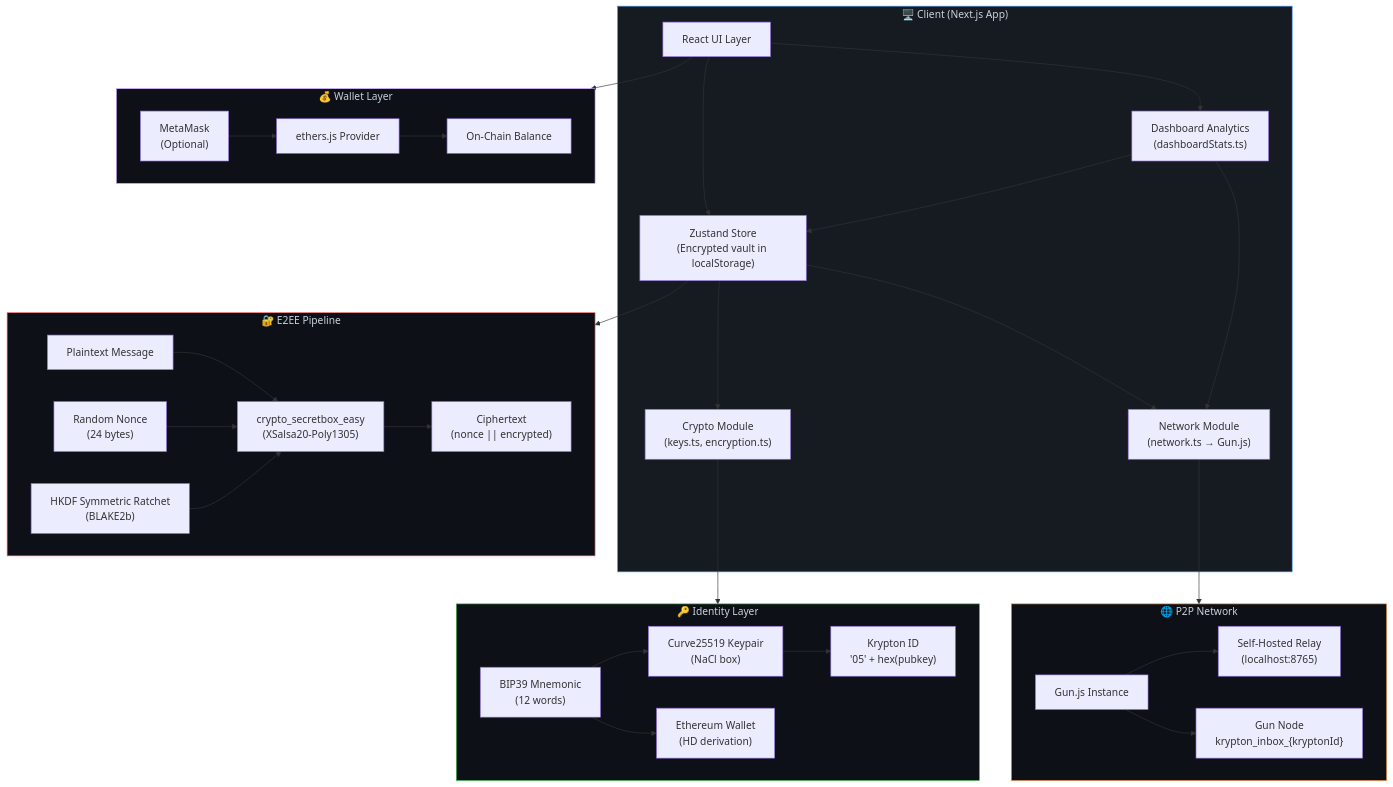
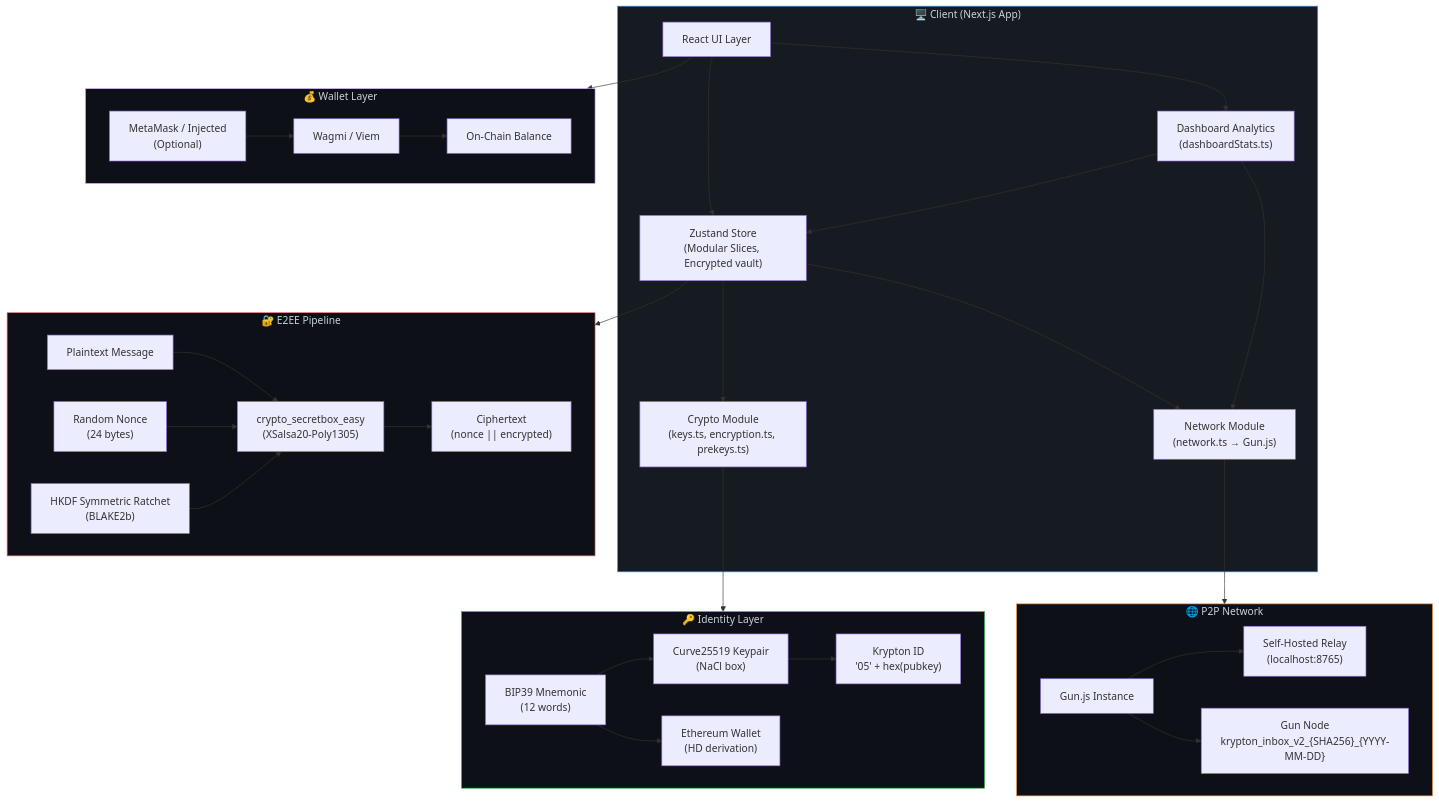
The first of 2 diagrams in README.md (SuhasRam356/Krypton_dAPP), drawn with Mermaid before and after one commit. The commit also changed other lines of this file, not shown here.

Commit message:
docs: update README with phase 1 and 2 architecture upgrades

````diff
--- a/README.md
+++ b/README.md
@@ -129,70 +130,70 @@
 ```mermaid
 graph TB
     subgraph Client["🖥️ Client (Next.js App)"]
         UI["React UI Layer"]
-        Store["Zustand Store<br/>(Encrypted vault in localStorage)"]
-        Crypto["Crypto Module<br/>(keys.ts, encryption.ts)"]
+        Store["Zustand Store<br/>(Modular Slices, Encrypted vault)"]
+        Crypto["Crypto Module<br/>(keys.ts, encryption.ts, prekeys.ts)"]
         Network["Network Module<br/>(network.ts → Gun.js)"]
         Dashboard["Dashboard Analytics<br/>(dashboardStats.ts)"]
 
         UI --> Store
         UI --> Dashboard
         Store --> Crypto
         Store --> Network
         Dashboard --> Store
         Dashboard --> Network
     end
 
     subgraph Identity["🔑 Identity Layer"]
         BIP39["BIP39 Mnemonic<br/>(12 words)"]
         Curve["Curve25519 Keypair<br/>(NaCl box)"]
         ETH["Ethereum Wallet<br/>(HD derivation)"]
         KID["Krypton ID<br/>'05' + hex(pubkey)"]
 
         BIP39 --> Curve
         BIP39 --> ETH
         Curve --> KID
     end
 
     subgraph Encryption["🔐 E2EE Pipeline"]
         Plain["Plaintext Message"]
         Nonce["Random Nonce<br/>(24 bytes)"]
         Ratchet["HKDF Symmetric Ratchet<br/>(BLAKE2b)"]
         SBox["crypto_secretbox_easy<br/>(XSalsa20-Poly1305)"]
         Cipher["Ciphertext<br/>(nonce || encrypted)"]
 
         Plain --> SBox
         Nonce --> SBox
         Ratchet --> SBox
         SBox --> Cipher
     end
 
     subgraph P2P["🌐 P2P Network"]
         Gun["Gun.js Instance"]
         Relay["Self-Hosted Relay<br/>(localhost:8765)"]
-        Inbox["Gun Node<br/>krypton_inbox_{kryptonId}"]
+        Inbox["Gun Node<br/>krypton_inbox_v2_{SHA256}_{YYYY-MM-DD}"]
 
         Gun --> Relay
         Gun --> Inbox
     end
 
     subgraph Wallet["💰 Wallet Layer"]
-        MM["MetaMask<br/>(Optional)"]
-        Provider["ethers.js Provider"]
+        MM["MetaMask / Injected<br/>(Optional)"]
+        Provider["Wagmi / Viem"]
         Balance["On-Chain Balance"]
 
         MM --> Provider
         Provider --> Balance
     end
 
     Crypto --> Identity
     Network --> P2P
     Store --> Encryption
     UI --> Wallet
 
     style Client fill:#161b22,stroke:#58a6ff,color:#c9d1d9
     style Identity fill:#0d1117,stroke:#3fb950,color:#c9d1d9
     style Encryption fill:#0d1117,stroke:#f87171,color:#c9d1d9
     style P2P fill:#0d1117,stroke:#f0883e,color:#c9d1d9
     style Wallet fill:#0d1117,stroke:#d2a8ff,color:#c9d1d9
 ```
````
